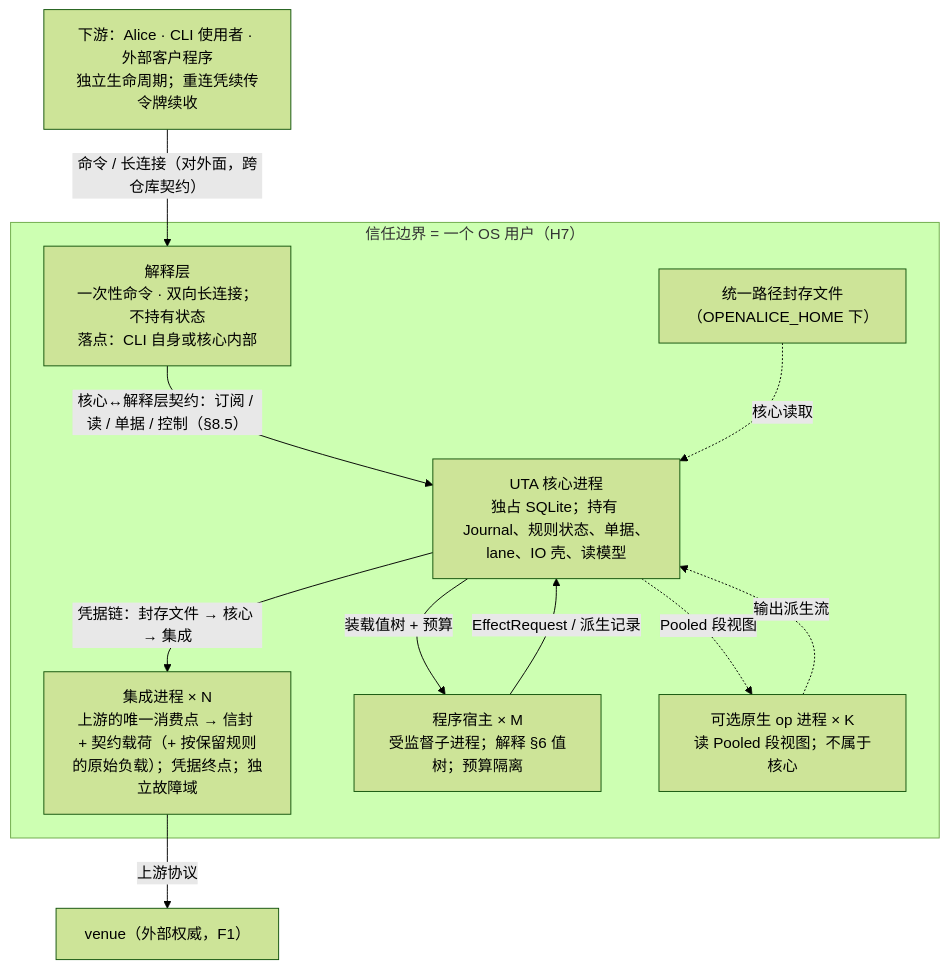
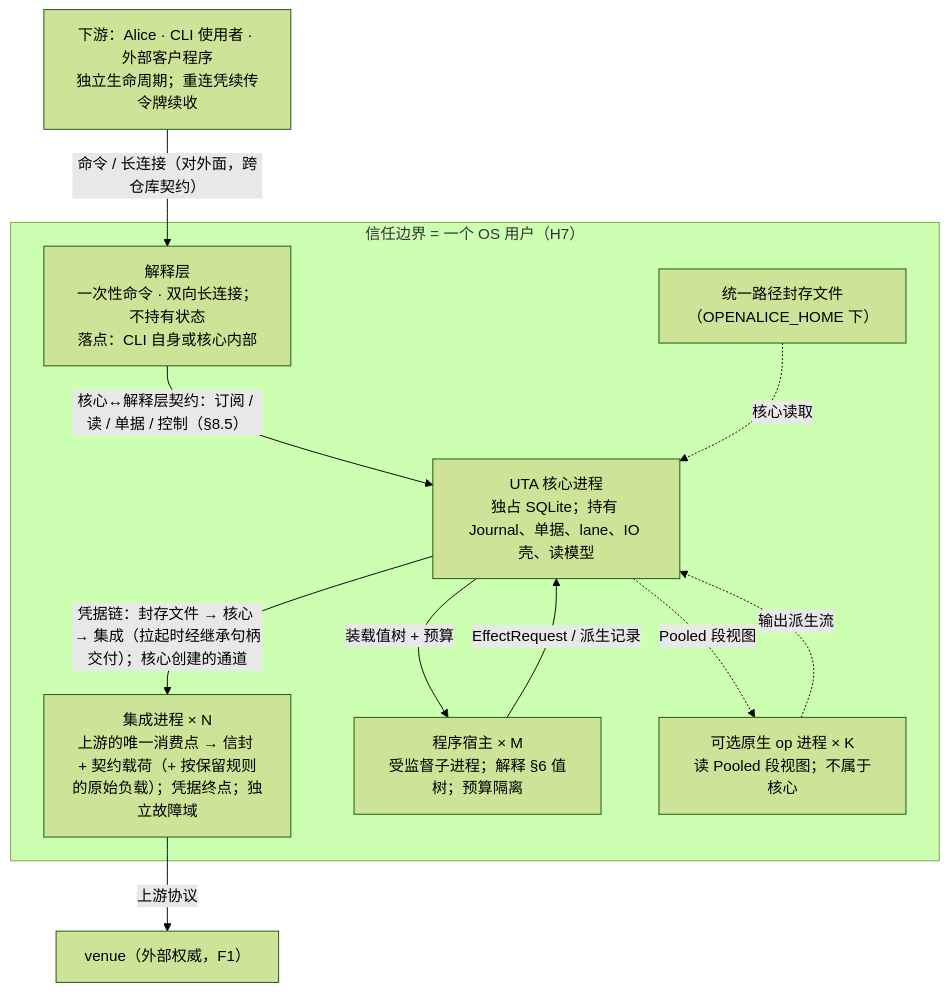
The first of 2 diagrams in design/core/07-processes-and-storage.md (mouriya-s-lab/uta), drawn with Mermaid (forest theme) before and after one commit. The commit also changed other lines of this file and 9 other files, not shown here.

````diff
--- a/design/core/07-processes-and-storage.md
+++ b/design/core/07-processes-and-storage.md
@@ -15,22 +15,22 @@
 ```mermaid
 flowchart TB
   subgraph OSUSER["信任边界 = 一个 OS 用户（H7）"]
-    CORE["UTA 核心进程<br/>独占 SQLite；持有 Journal、规则状态、单据、lane、IO 壳、读模型"]
+    CORE["UTA 核心进程<br/>独占 SQLite；持有 Journal、单据、lane、IO 壳、读模型"]
     INT["集成进程 × N<br/>上游的唯一消费点 → 信封 + 契约载荷（+ 按保留规则的原始负载）；凭据终点；独立故障域"]
     HOST["程序宿主 × M<br/>受监督子进程；解释 §6 值树；预算隔离"]
     HPCOP["可选原生 op 进程 × K<br/>读 Pooled 段视图；不属于核心"]
     SEAL["统一路径封存文件<br/>（OPENALICE_HOME 下）"]
     IL["解释层<br/>一次性命令 · 双向长连接；不持有状态<br/>落点：CLI 自身或核心内部"]
   end
   DOWN["下游：Alice · CLI 使用者 · 外部客户程序<br/>独立生命周期；重连凭续传令牌续收"]
   VENUE["venue（外部权威，F1）"]
   DOWN -->|"命令 / 长连接（对外面，跨仓库契约）"| IL
   IL -->|"核心↔解释层契约：订阅 / 读 / 单据 / 控制（§8.5）"| CORE
-  CORE -->|凭据链：封存文件 → 核心 → 集成| INT
+  CORE -->|"凭据链：封存文件 → 核心 → 集成（拉起时经继承句柄交付）；核心创建的通道"| INT
   SEAL -.核心读取.-> CORE
   INT -->|上游协议| VENUE
   CORE -->|装载值树 + 预算| HOST
   HOST -->|EffectRequest / 派生记录| CORE
   CORE -.Pooled 段视图.-> HPCOP
   HPCOP -.输出派生流.-> CORE
 ```
````
